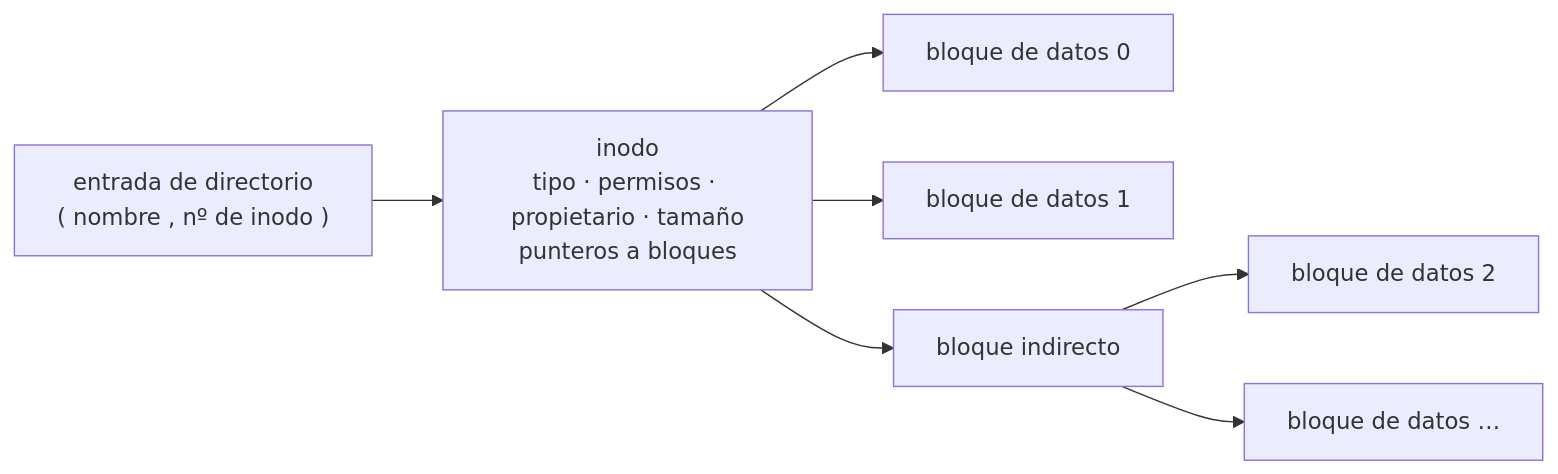
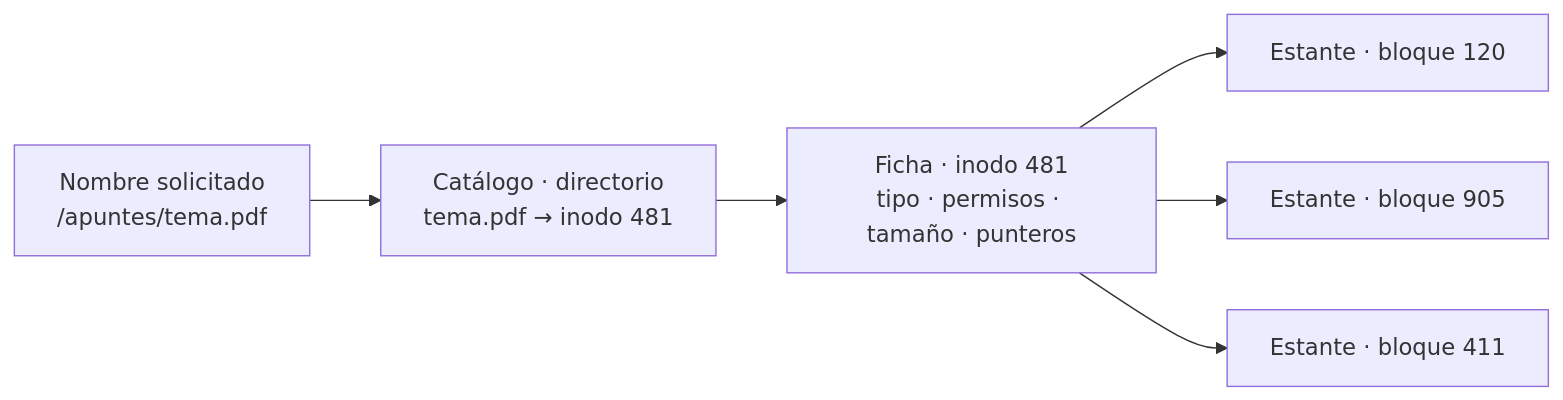
One commit to asiermarzo/ssoo changed the fourth of 7 diagrams in TEORIA/12-sistemas-de-ficheros/README.md. Above: the diagram before and after it, drawn with Mermaid. The commit also changed other lines of this file and 25 other files, not shown here.

````diff
--- a/TEORIA/12-sistemas-de-ficheros/README.md
+++ b/TEORIA/12-sistemas-de-ficheros/README.md
@@ -17,9 +499,8 @@
 ```mermaid
 flowchart LR
-    DIR["entrada de directorio<br/>( nombre , nº de inodo )"] --> INODE["inodo<br/>tipo · permisos · propietario · tamaño<br/>punteros a bloques"]
-    INODE --> B0["bloque de datos 0"]
-    INODE --> B1["bloque de datos 1"]
-    INODE --> IND["bloque indirecto"]
-    IND --> B2["bloque de datos 2"]
-    IND --> B3["bloque de datos …"]
+    N["Nombre solicitado<br/>/apuntes/tema.pdf"] --> C["Catálogo · directorio<br/>tema.pdf → inodo 481"]
+    C --> I["Ficha · inodo 481<br/>tipo · permisos · tamaño · punteros"]
+    I --> E1["Estante · bloque 120"]
+    I --> E2["Estante · bloque 905"]
+    I --> E3["Estante · bloque 411"]
 ```
````
